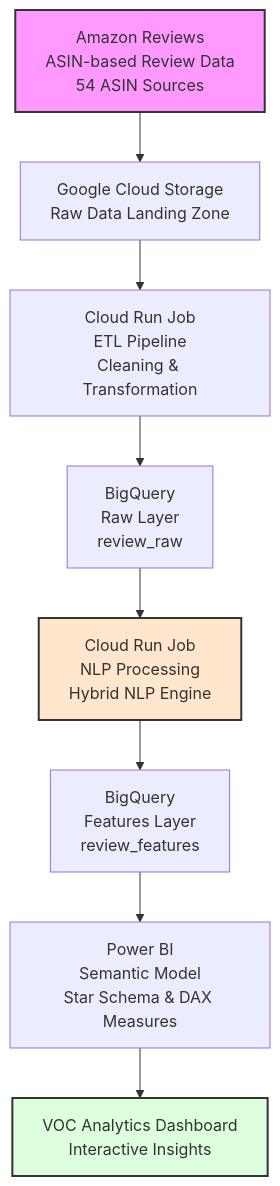
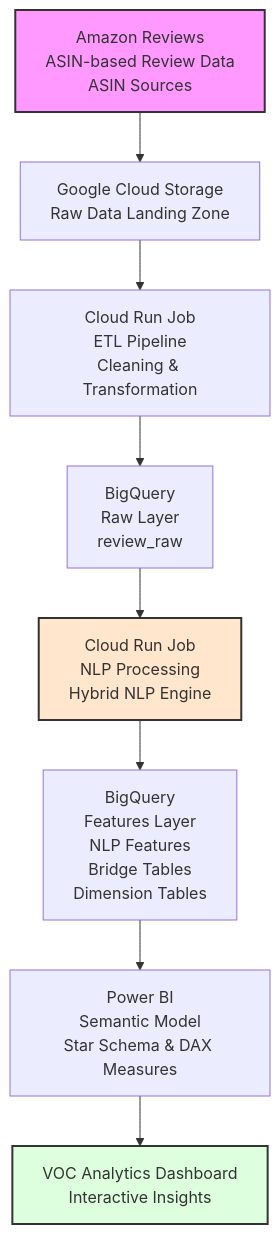
The diagram in README.md (eric-data-ai/amazon-voc-pipeline), drawn with Mermaid before and after one commit. The commit also changed other lines of this file and 2 other files, not shown here.

Commit message:
Update readme and add feature layer sql scripts

````diff
--- a/README.md
+++ b/README.md
@@ -13,33 +13,33 @@
 ```mermaid
 flowchart TD
 
-A[Amazon Reviews<br/>ASIN-based Review Data<br/>54 ASIN Sources]
+A[Amazon Reviews<br/>ASIN-based Review Data<br/>ASIN Sources]
 
 B[Google Cloud Storage<br/>Raw Data Landing Zone]
 
 C[Cloud Run Job<br/>ETL Pipeline<br/>Cleaning & Transformation]
 
 D[BigQuery<br/>Raw Layer<br/>review_raw]
 
 E[Cloud Run Job<br/>NLP Processing<br/>Hybrid NLP Engine]
 
-F[BigQuery<br/>Features Layer<br/>review_features]
+F[BigQuery<br/>Features Layer<br/>NLP Features<br/>Bridge Tables<br/>Dimension Tables]
 
 G[Power BI<br/>Semantic Model<br/>Star Schema & DAX Measures]
 
 H[VOC Analytics Dashboard<br/>Interactive Insights]
 
 
 A --> B
 B --> C
 C --> D
 D --> E
 E --> F
 F --> G
 G --> H
 
 
 style A fill:#f9f,stroke:#333,stroke-width:2px
 style E fill:#ffe6cc,stroke:#333,stroke-width:2px
 style H fill:#dfd,stroke:#333,stroke-width:2px
 ```
````
